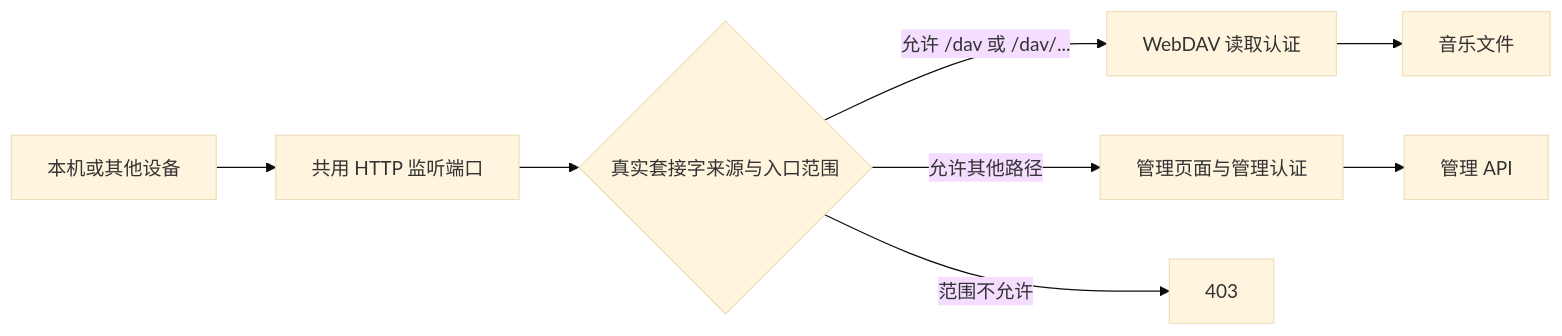
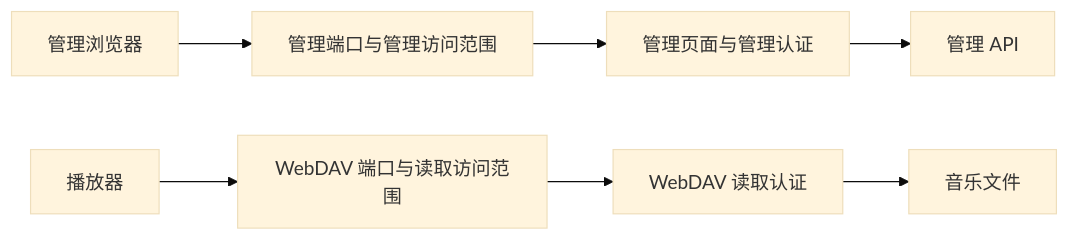
The second of 3 diagrams in docs/architecture/management-access.md (shengyusi-SYS/musicfs), drawn with Mermaid (base theme) before and after one commit. The commit also changed other lines of this file and 20 other files, not shown here.

Commit message:
fix(desktop): give management and WebDAV independent ports

````diff
--- a/docs/architecture/management-access.md
+++ b/docs/architecture/management-access.md
@@ -47,10 +47,9 @@
 ```mermaid
 flowchart LR
-    Client[本机或其他设备] --> Listener[共用 HTTP 监听端口]
-    Listener --> Scope{真实套接字来源与入口范围}
-    Scope -->|允许 /dav 或 /dav/...| DAV[WebDAV 读取认证]
-    Scope -->|允许其他路径| Management[管理页面与管理认证]
-    Scope -->|范围不允许| Denied[403]
+    Browser[管理浏览器] --> ManagerPort[管理端口与管理访问范围]
+    Player[播放器] --> DavPort[WebDAV 端口与读取访问范围]
+    ManagerPort --> Management[管理页面与管理认证]
+    DavPort --> DAV[WebDAV 读取认证]
     DAV --> Files[音乐文件]
     Management --> API[管理 API]
 ```
````
